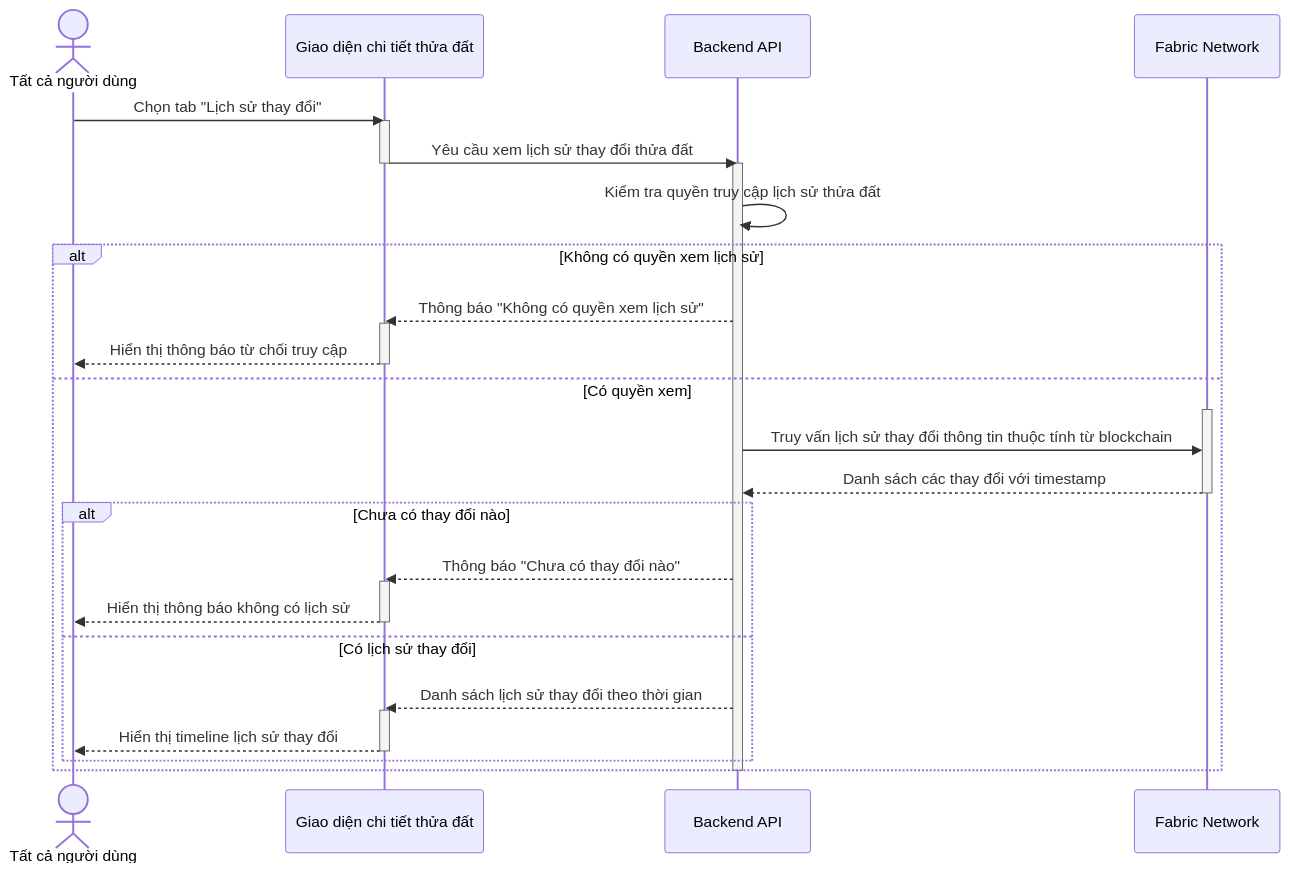
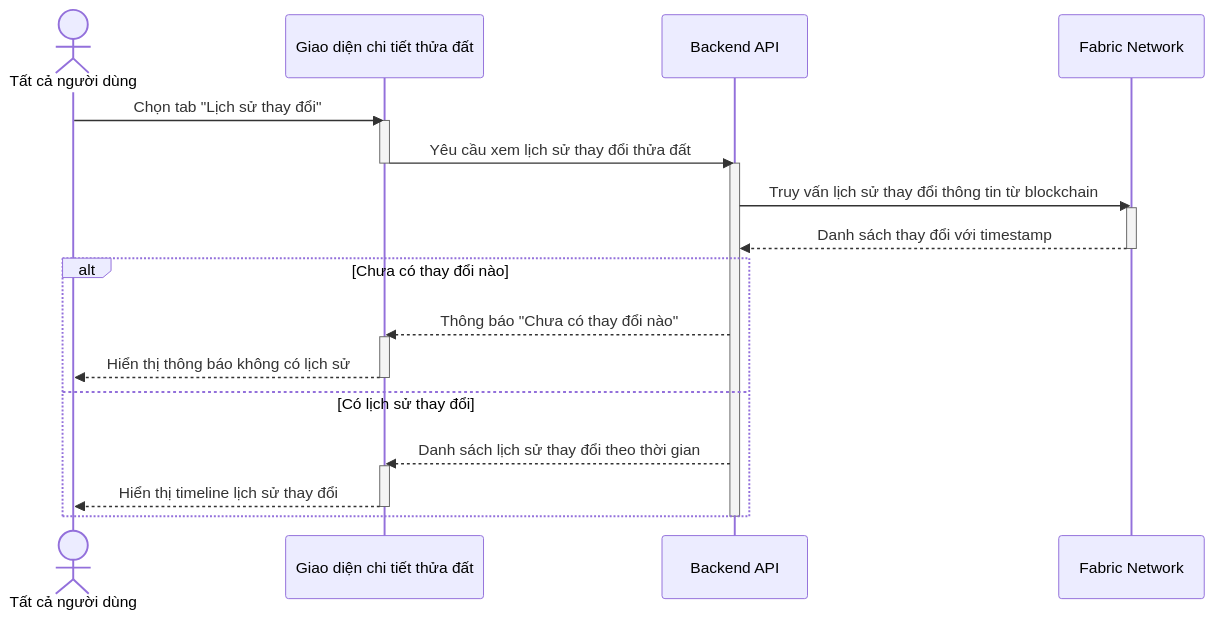
Before and after one commit to Thienpkae/DATN: diagram 13 of 39 in Complete_Use_Case_Sequence_Diagrams.md, drawn with Mermaid. The commit also changed other lines of this file and 50 other files, not shown here.

````diff
--- a/Complete_Use_Case_Sequence_Diagrams.md
+++ b/Complete_Use_Case_Sequence_Diagrams.md
@@ -1107,41 +917,33 @@
 ```mermaid
 sequenceDiagram
     actor User as Tất cả người dùng
     participant UI as Giao diện chi tiết thửa đất
     participant API as Backend API
     participant Blockchain as Fabric Network
 
     User ->> UI: Chọn tab "Lịch sử thay đổi"
     activate UI
     UI ->> API: Yêu cầu xem lịch sử thay đổi thửa đất
     deactivate UI
 
     activate API
-    API ->> API: Kiểm tra quyền truy cập lịch sử thửa đất
+    API ->> Blockchain: Truy vấn lịch sử thay đổi thông tin từ blockchain
+    activate Blockchain
+    Blockchain -->> API: Danh sách thay đổi với timestamp
+    deactivate Blockchain
 
-    alt Không có quyền xem lịch sử
-        API -->> UI: Thông báo "Không có quyền xem lịch sử"
+    alt Chưa có thay đổi nào
+        API -->> UI: Thông báo "Chưa có thay đổi nào"
         activate UI
-        UI -->> User: Hiển thị thông báo từ chối truy cập
+        UI -->> User: Hiển thị thông báo không có lịch sử
         deactivate UI
-    else Có quyền xem
-        activate Blockchain
-        API ->> Blockchain: Truy vấn lịch sử thay đổi thông tin thuộc tính từ blockchain
-        Blockchain -->> API: Danh sách các thay đổi với timestamp
-        deactivate Blockchain
-
-        alt Chưa có thay đổi nào
-            API -->> UI: Thông báo "Chưa có thay đổi nào"
-            activate UI
-            UI -->> User: Hiển thị thông báo không có lịch sử
-            deactivate UI
-        else Có lịch sử thay đổi
-            API -->> UI: Danh sách lịch sử thay đổi theo thời gian
-            activate UI
-            UI -->> User: Hiển thị timeline lịch sử thay đổi
-            deactivate UI
-        end
+    else Có lịch sử thay đổi
+        API -->> UI: Danh sách lịch sử thay đổi theo thời gian
+        activate UI
+        UI -->> User: Hiển thị timeline lịch sử thay đổi
+        deactivate UI
     end
 
     deactivate API
+
 ```
````
